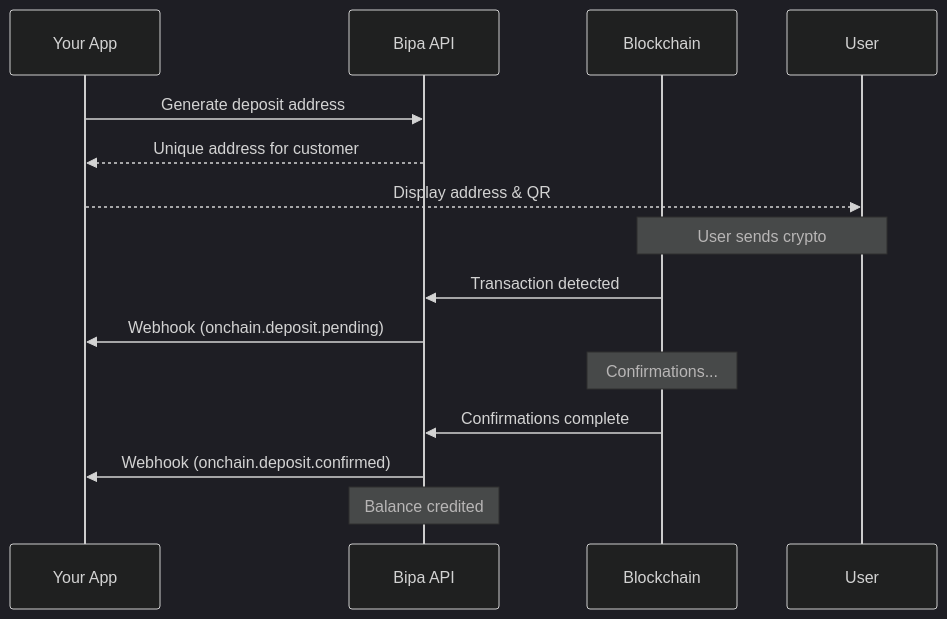
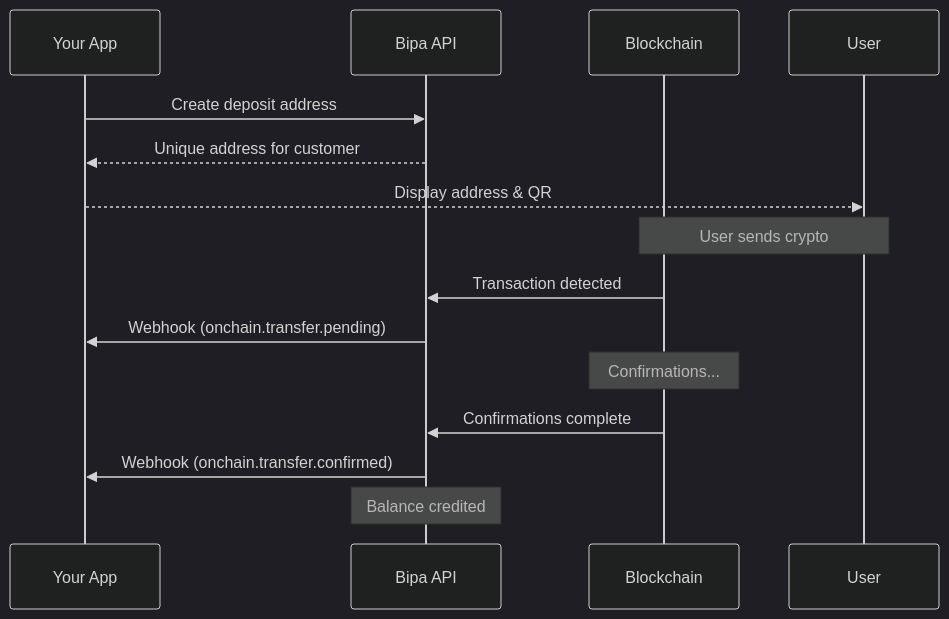
One commit to bipa-app/docs changed the first of 2 diagrams in api-reference/onchain/overview.mdx. Above: the diagram before and after it, drawn with Mermaid (dark theme). The commit also changed other lines of this file and 49 other files, not shown here.

````diff
--- a/api-reference/onchain/overview.mdx
+++ b/api-reference/onchain/overview.mdx
@@ -98,21 +103,21 @@
 ```mermaid
 sequenceDiagram
     participant App as Your App
     participant Bipa as Bipa API
     participant Chain as Blockchain
 
-    App->>Bipa: Generate deposit address
+    App->>Bipa: Create deposit address
     Bipa-->>App: Unique address for customer
     App-->>User: Display address & QR
 
     Note over User,Chain: User sends crypto
 
     Chain->>Bipa: Transaction detected
-    Bipa->>App: Webhook (onchain.deposit.pending)
+    Bipa->>App: Webhook (onchain.transfer.pending)
 
     Note over Chain: Confirmations...
 
     Chain->>Bipa: Confirmations complete
-    Bipa->>App: Webhook (onchain.deposit.confirmed)
+    Bipa->>App: Webhook (onchain.transfer.confirmed)
     Note over Bipa: Balance credited
 ```
````
